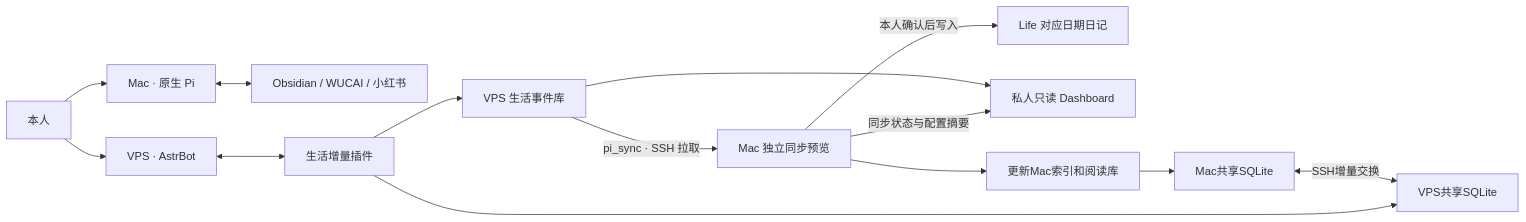
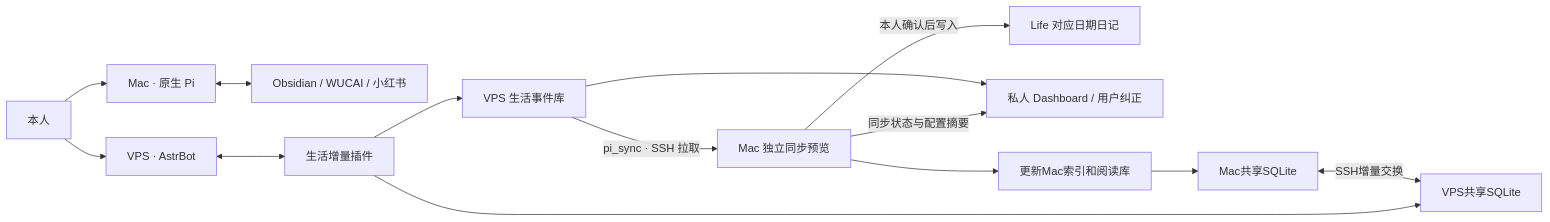
The diagram in SPECIFICATION.md (Corele-one/personal_asis), drawn with Mermaid before and after one commit. The commit also changed other lines of this file and 51 other files, not shown here.

````diff
--- a/SPECIFICATION.md
+++ b/SPECIFICATION.md
@@ -7,16 +7,16 @@
 ```mermaid
 flowchart LR
   User[本人] --> Pi[Mac · 原生 Pi]
   User --> Bot[VPS · AstrBot]
   Pi <--> Sources[Obsidian / WUCAI / 小红书]
   Bot <--> Plugin[生活增量插件]
   Plugin --> Events[VPS 生活事件库]
   Events -->|pi_sync · SSH 拉取| Preview[Mac 独立同步预览]
   Preview -->|本人确认后写入| Daily[Life 对应日期日记]
-  Events --> Dashboard[私人只读 Dashboard]
+  Events --> Dashboard[私人 Dashboard / 用户纠正]
   Preview -->|同步状态与配置摘要| Dashboard
   Preview --> Refresh[更新Mac索引和阅读库]
   Refresh --> MacDB[Mac共享SQLite]
   MacDB <-->|SSH增量交换| VpsDB[VPS共享SQLite]
   Plugin --> VpsDB
 ```
````
